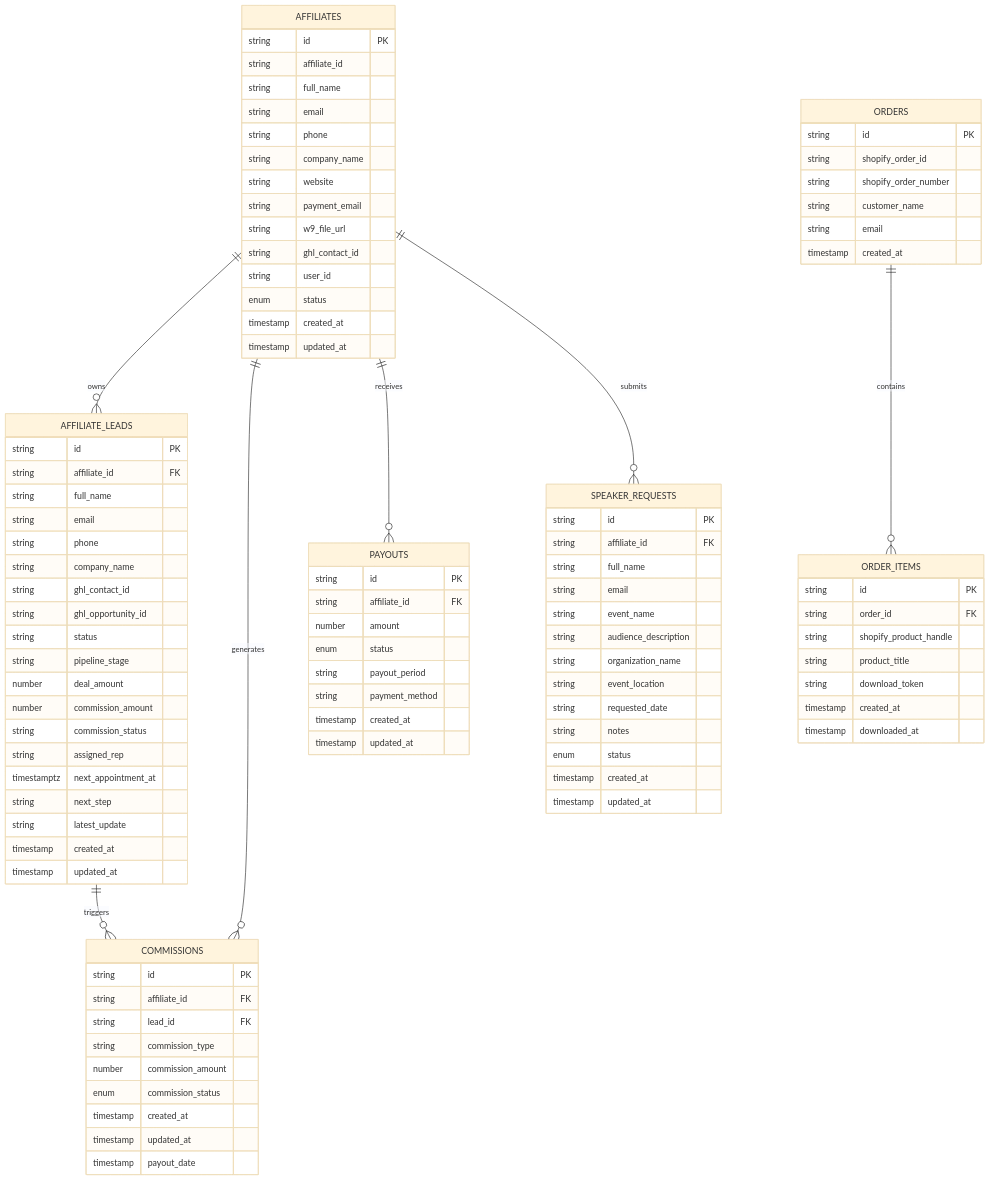
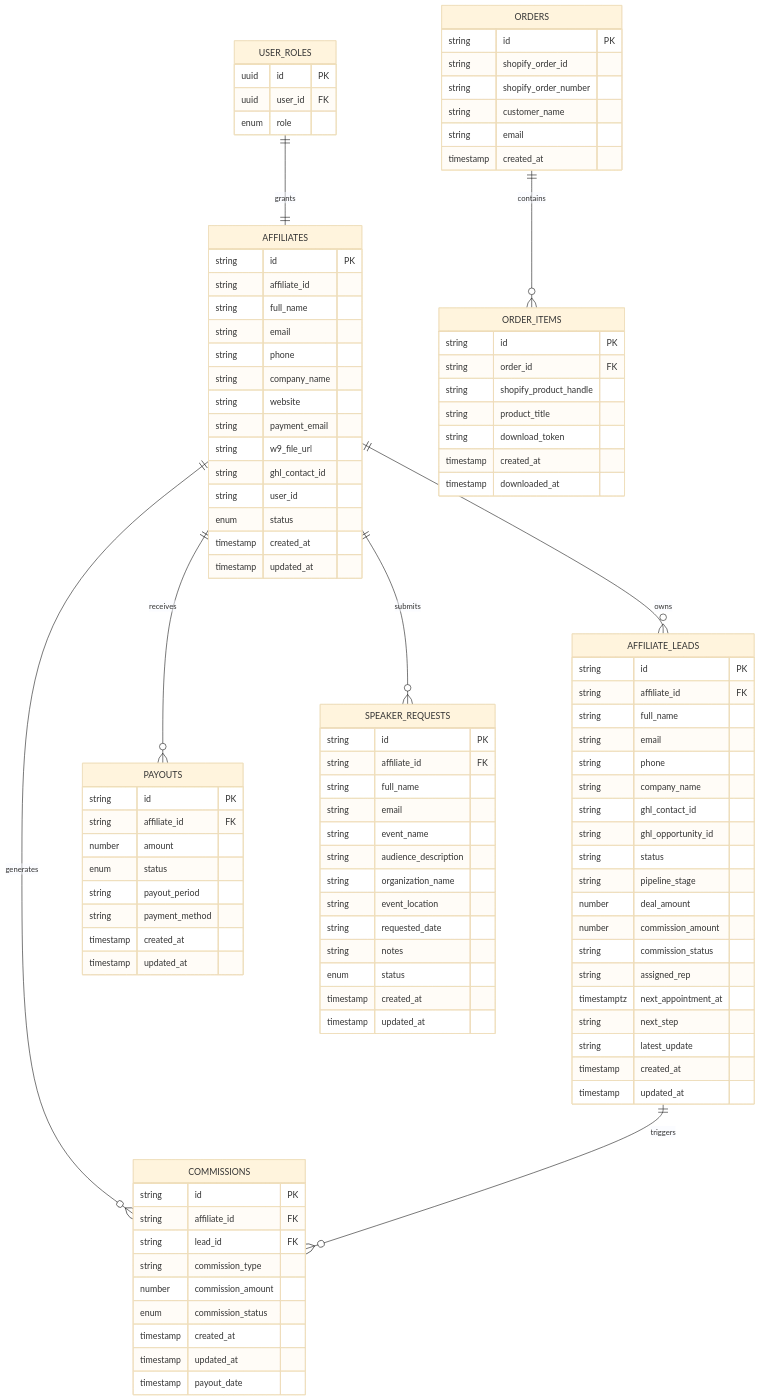
The sixth of 10 diagrams in .qoder/repowiki/en/content/Data Layer & Supabase Integration.md (Hawky1/ryland), drawn with Mermaid (base theme) before and after one commit. The commit also changed other lines of this file and 6 other files, not shown here.

````diff
--- a/.qoder/repowiki/en/content/Data Layer & Supabase Integration.md
+++ b/.qoder/repowiki/en/content/Data Layer & Supabase Integration.md
@@ -294,6 +341,11 @@
 enum status
 timestamp created_at
 timestamp updated_at
+}
+USER_ROLES {
+uuid id PK
+uuid user_id FK
+enum role
 }
 AFFILIATE_LEADS {
 string id PK
@@ -375,4 +427,5 @@
 AFFILIATES ||--o{ PAYOUTS : "receives"
 AFFILIATES ||--o{ SPEAKER_REQUESTS : "submits"
 ORDERS ||--o{ ORDER_ITEMS : "contains"
+USER_ROLES ||--|| AFFILIATES : "grants"
 ```
````
